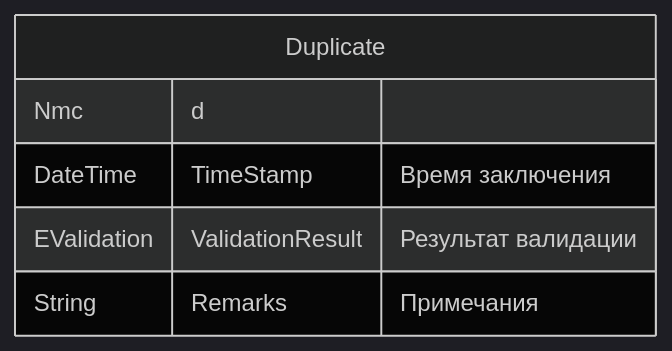
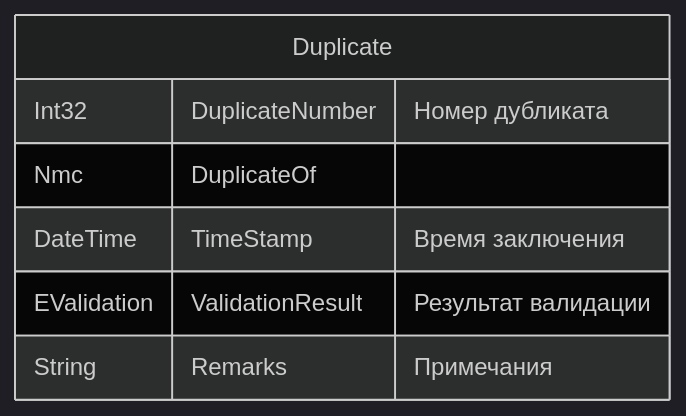
Before and after one commit to Zorin-Mykhailo/Kusto: the fourth of 5 diagrams in Kusto/Documents/2313902__ContractorsCheck/DataModel.md, drawn with Mermaid (dark theme). The commit also changed other lines of this file, not shown here.

````diff
--- a/Kusto/Documents/2313902__ContractorsCheck/DataModel.md
+++ b/Kusto/Documents/2313902__ContractorsCheck/DataModel.md
@@ -29,9 +46,11 @@
 ```mermaid
 erDiagram
   Duplicate {
-    Nmc d
+    Int32 DuplicateNumber "Номер дубликата"
+    Nmc DuplicateOf
+    
     DateTime TimeStamp "Время заключения"
     EValidation ValidationResult "Результат валидации"    
     String Remarks "Примечания"
   }
 ```
````
